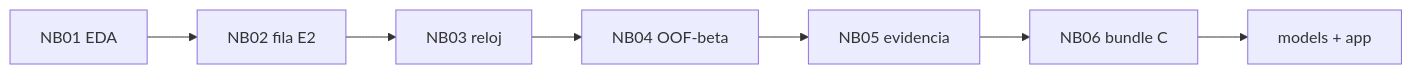
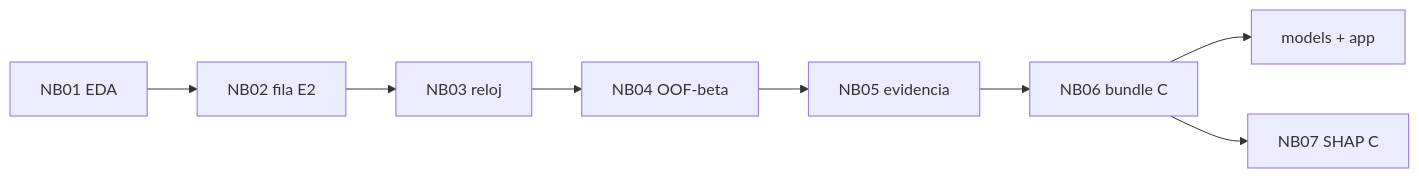
The diagram in MLProyectVault/30-Notebooks/n04-cadena-de-estado.md (mikelrh-dev/nasa-rul-ds02), drawn with Mermaid before and after one commit. The commit also changed other lines of this file and 95 other files, not shown here.

````diff
--- a/MLProyectVault/30-Notebooks/n04-cadena-de-estado.md
+++ b/MLProyectVault/30-Notebooks/n04-cadena-de-estado.md
@@ -38,9 +39,10 @@
 ```mermaid
 flowchart LR
     A[NB01 EDA] --> B[NB02 fila E2]
     B --> C[NB03 reloj]
     C --> D[NB04 OOF-beta]
     D --> E[NB05 evidencia]
     E --> F[NB06 bundle C]
     F --> G[models + app]
+    F --> H[NB07 SHAP C]
 ```
````
